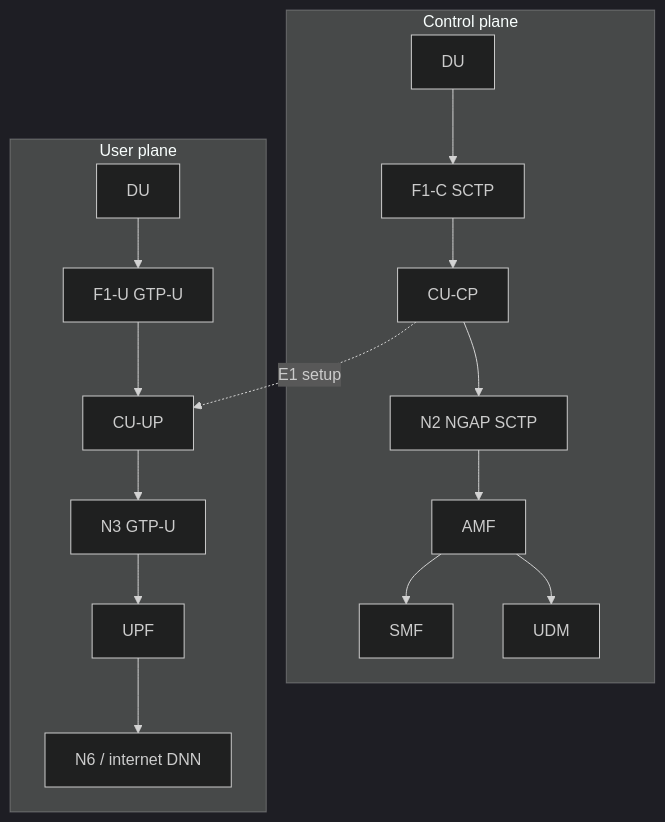
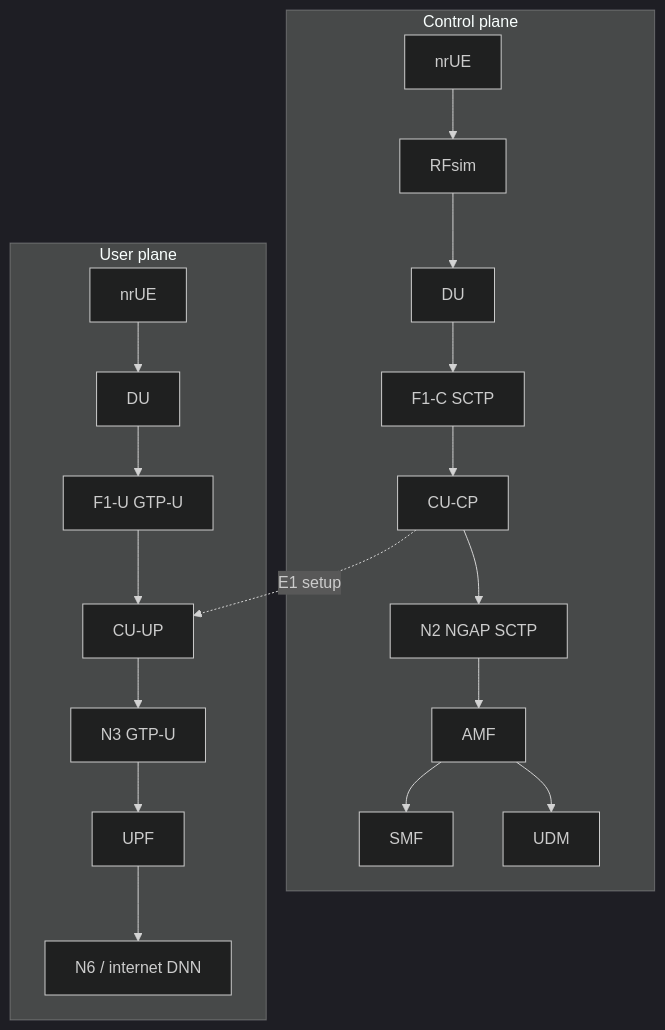
The fourth of 4 diagrams in docs/oai.md (FCCLab/INA-Infra), drawn with Mermaid (dark theme) before and after one commit. The commit also changed other lines of this file and 16 other files, not shown here.

````diff
--- a/docs/oai.md
+++ b/docs/oai.md
@@ -219,21 +243,24 @@
 ```mermaid
 flowchart TB
   subgraph CP["Control plane"]
-    DU_CP[DU] --> F1C[F1-C SCTP]
+    UE_CP[nrUE] --> RF[RFsim]
+    RF --> DU_CP[DU]
+    DU_CP --> F1C[F1-C SCTP]
     F1C --> CUCP[CU-CP]
     CUCP --> N2[N2 NGAP SCTP]
     N2 --> AMF[AMF]
     AMF --> SMF[SMF]
     AMF --> UDM[UDM]
   end
 
   subgraph UP["User plane"]
-    DU_UP[DU] --> F1U[F1-U GTP-U]
+    UE_UP[nrUE] --> DU_UP[DU]
+    DU_UP --> F1U[F1-U GTP-U]
     F1U --> CUUP[CU-UP]
     CUUP --> N3[N3 GTP-U]
     N3 --> UPF[UPF]
     UPF --> N6[N6 / internet DNN]
   end
 
   CUCP -.->|E1 setup| CUUP
 ```
````
